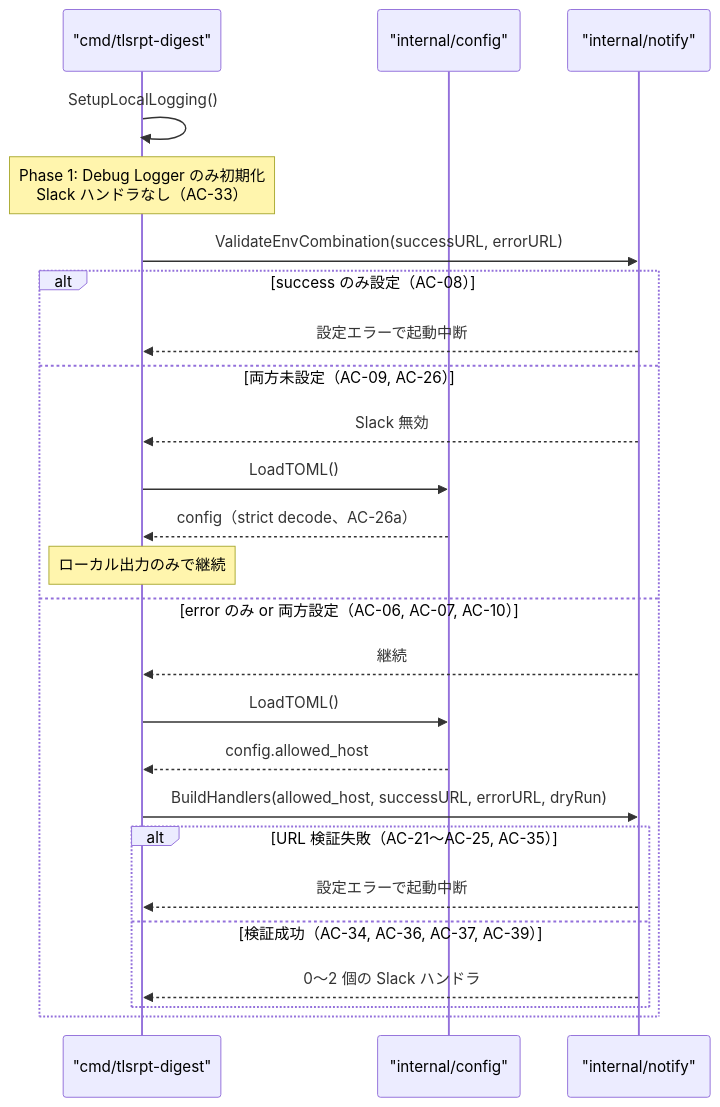
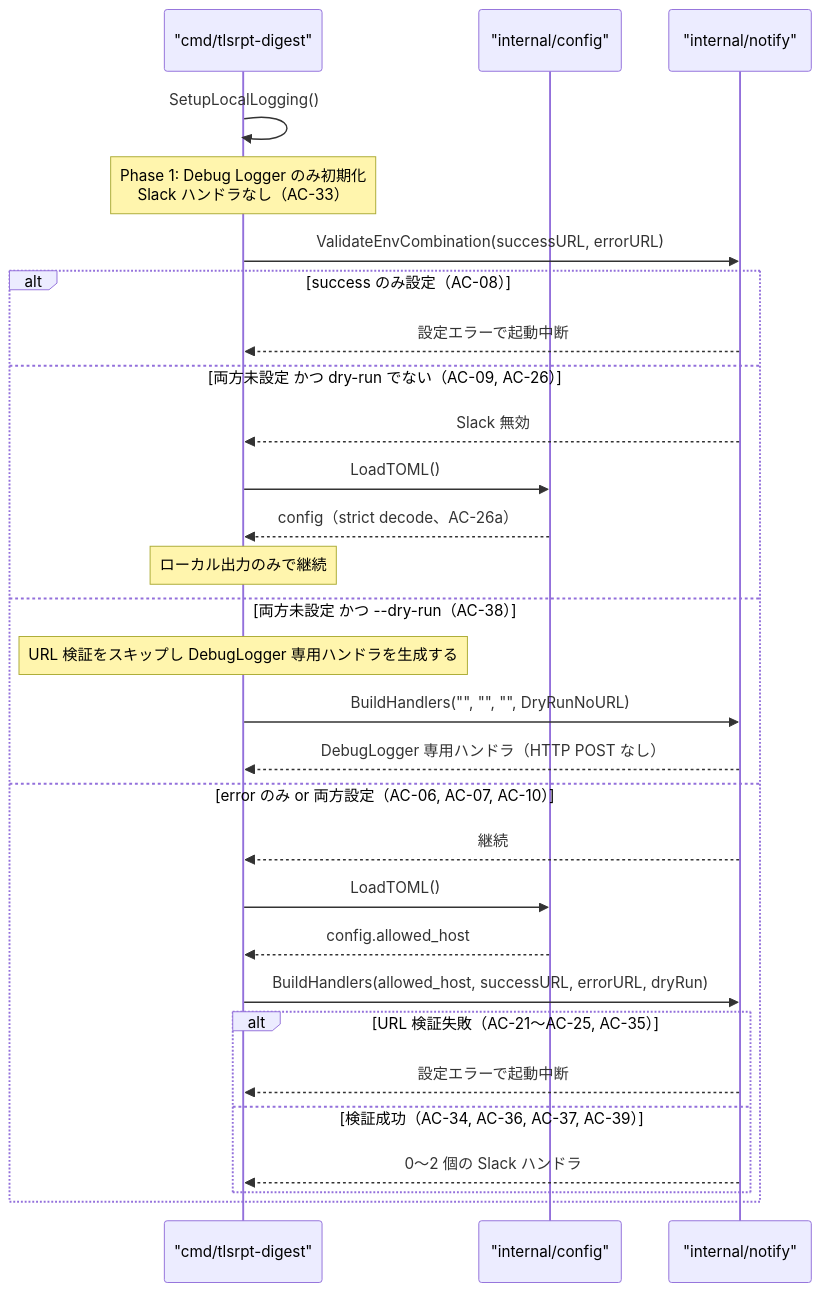
One commit to isseis/tlsrpt-digest changed the sixth of 11 diagrams in docs/tasks/0030_slack_notify/02_architecture.md. Above: the diagram before and after it, drawn with Mermaid. The commit also changed other lines of this file, not shown here.

Commit message:
docs(0030): add no-URL dry-run path to architecture design
AC-38 requires that --dry-run works even when both webhook URLs are unset.
The architecture previously routed "both URLs unset" unconditionally to
"Slack disabled / local only", missing this case.

Add the dry-run + no-URL branch to:
- Section 2.3 startup sequence (new alt in the sequence diagram)
- Section 4.2 error handling table (new row for the DryRunNoURL mode)

BuildHandlers() DryRunNoURL mode: skips URL validation and returns a
DebugLogger-only handler that writes notification payloads to DebugLogger
without making any HTTP requests.

````diff
--- a/docs/tasks/0030_slack_notify/02_architecture.md
+++ b/docs/tasks/0030_slack_notify/02_architecture.md
@@ -146,29 +146,33 @@
 ```mermaid
 sequenceDiagram
     participant M as "cmd/tlsrpt-digest"
     participant C as "internal/config"
     participant N as "internal/notify"
 
     M->>M: SetupLocalLogging()
     Note over M: Phase 1: Debug Logger のみ初期化<br>Slack ハンドラなし（AC-33）
 
     M->>N: ValidateEnvCombination(successURL, errorURL)
     alt success のみ設定（AC-08）
         N-->>M: 設定エラーで起動中断
-    else 両方未設定（AC-09, AC-26）
+    else 両方未設定 かつ dry-run でない（AC-09, AC-26）
         N-->>M: Slack 無効
         M->>C: LoadTOML()
         C-->>M: config（strict decode、AC-26a）
         Note over M: ローカル出力のみで継続
+    else 両方未設定 かつ --dry-run（AC-38）
+        Note over M: URL 検証をスキップし DebugLogger 専用ハンドラを生成する
+        M->>N: BuildHandlers("", "", "", DryRunNoURL)
+        N-->>M: DebugLogger 専用ハンドラ（HTTP POST なし）
     else error のみ or 両方設定（AC-06, AC-07, AC-10）
         N-->>M: 継続
         M->>C: LoadTOML()
         C-->>M: config.allowed_host
         M->>N: BuildHandlers(allowed_host, successURL, errorURL, dryRun)
         alt URL 検証失敗（AC-21〜AC-25, AC-35）
             N-->>M: 設定エラーで起動中断
         else 検証成功（AC-34, AC-36, AC-37, AC-39）
             N-->>M: 0〜2 個の Slack ハンドラ
         end
     end
 ```
````
